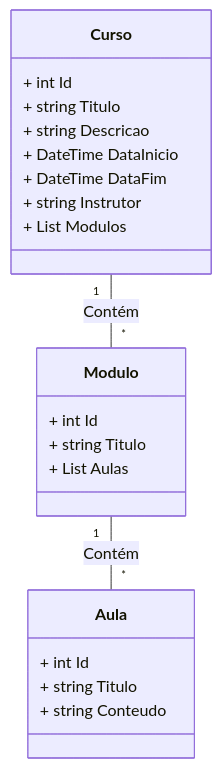
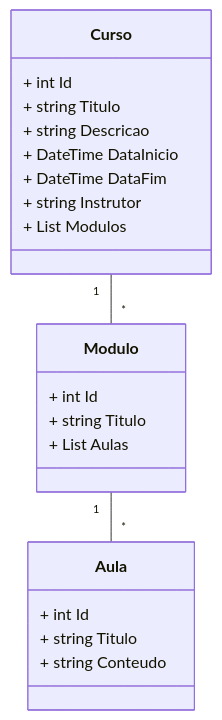
Before and after one commit to VictorAntunesJ/Api-SistemaCursosDistancia: the diagram in README.md, drawn with Mermaid.

````diff
--- a/README.md
+++ b/README.md
@@ -3,28 +3,28 @@
 ```mermaid
 classDiagram
 
 class Curso {
   + int Id
   + string Titulo
   + string Descricao
   + DateTime DataInicio
   + DateTime DataFim
   + string Instrutor
   + List<Modulo> Modulos
 }
 
 class Modulo {
   + int Id
   + string Titulo
   + List<Aula> Aulas
 }
 
 class Aula {
   + int Id
   + string Titulo
   + string Conteudo
 }
 
-Curso "1" -- "*" Modulo : Contém
-Modulo "1" -- "*" Aula : Contém
+Curso "1" -- "*" Modulo
+Modulo "1" -- "*" Aula  
 ```
````
